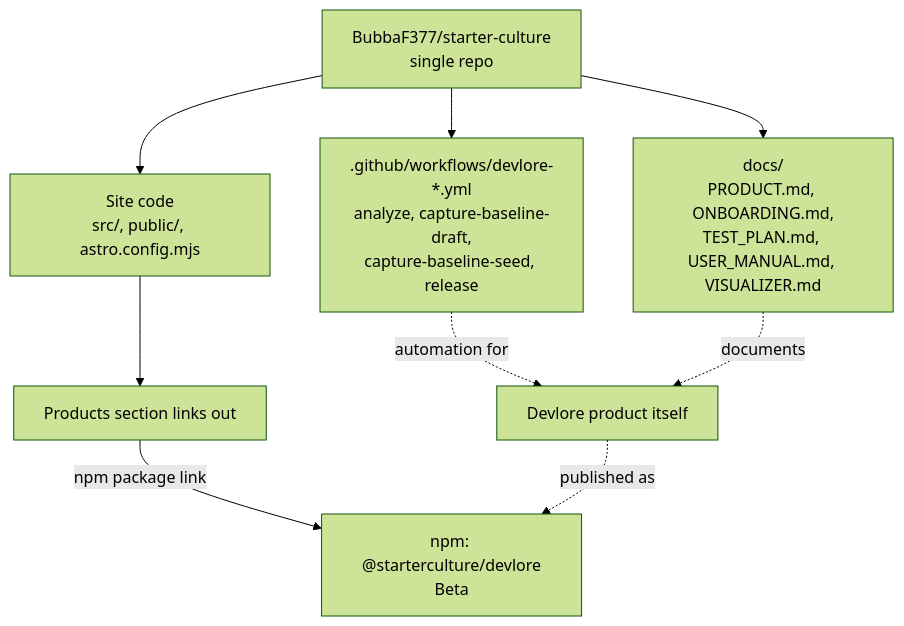
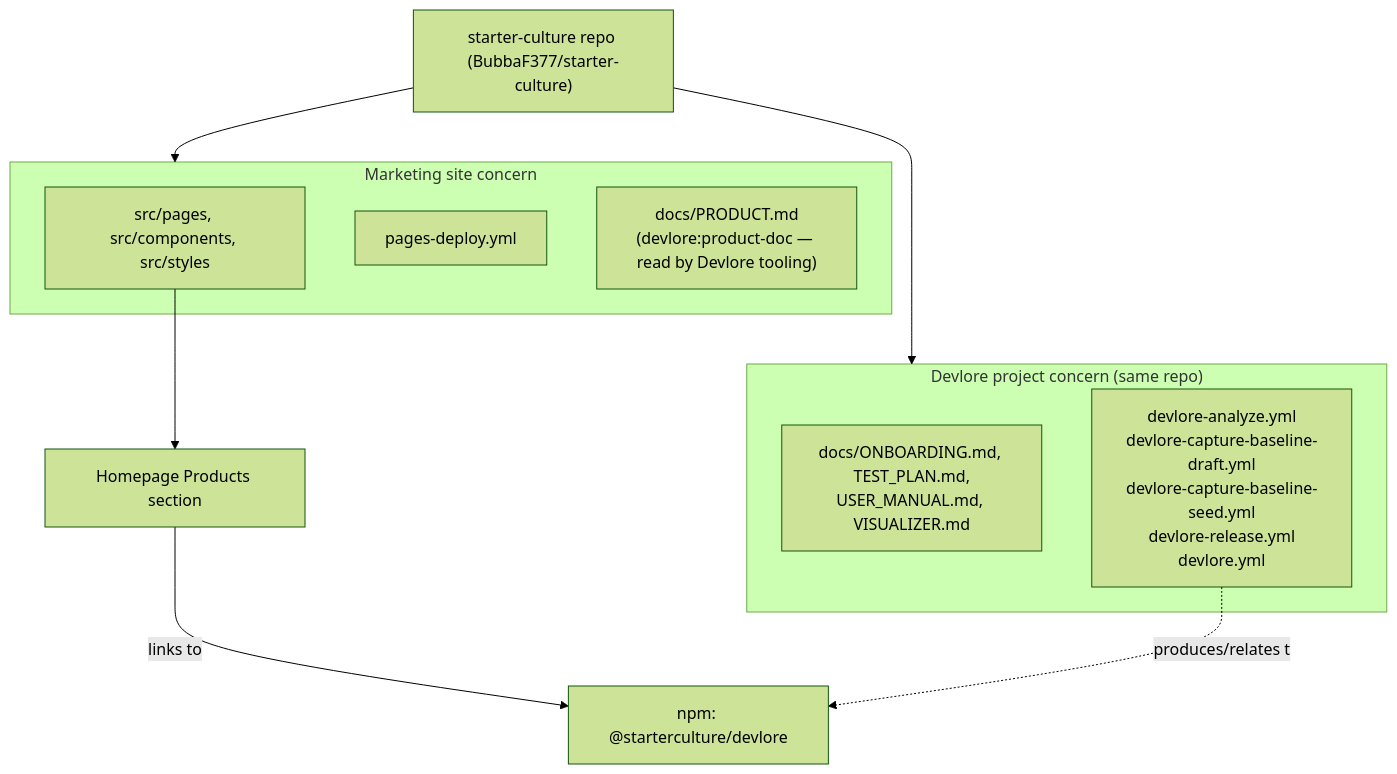
Before and after one commit to BubbaF377/starter-culture: the third of 3 diagrams in docs/VISUALIZER.md, drawn with Mermaid (forest theme). The commit also changed other lines of this file, not shown here.

Commit message:
Update visualizer (requirements changed): starter-culture

````diff
--- a/docs/VISUALIZER.md
+++ b/docs/VISUALIZER.md
@@ -63,13 +83,22 @@
 ```mermaid
 graph TD
-    Repo[BubbaF377/starter-culture<br/>single repo] --> SiteCode[Site code<br/>src/, public/, astro.config.mjs]
-    Repo --> DevloreDocs[docs/<br/>PRODUCT.md, ONBOARDING.md,<br/>TEST_PLAN.md, USER_MANUAL.md, VISUALIZER.md]
-    Repo --> DevloreWorkflows[.github/workflows/devlore-*.yml<br/>analyze, capture-baseline-draft,<br/>capture-baseline-seed, release]
+    Repo["starter-culture repo (BubbaF377/starter-culture)"]
 
-    SiteCode --> ProductsSection[Products section links out]
-    ProductsSection -->|npm package link| DevloreNPM[npm: @starterculture/devlore<br/>Beta]
+    subgraph SiteConcern["Marketing site concern"]
+        SitePages["src/pages, src/components, src/styles"]
+        SiteWorkflow["pages-deploy.yml"]
+        ProductDoc["docs/PRODUCT.md<br/>(devlore:product-doc — read by Devlore tooling)"]
+    end
 
-    DevloreWorkflows -. automation for .-> DevloreProduct[Devlore product itself]
-    DevloreDocs -. documents .-> DevloreProduct
-    DevloreProduct -. published as .-> DevloreNPM
+    subgraph DevloreConcern["Devlore project concern (same repo)"]
+        DevloreDocs["docs/ONBOARDING.md, TEST_PLAN.md,<br/>USER_MANUAL.md, VISUALIZER.md"]
+        DevloreWorkflows["devlore-analyze.yml<br/>devlore-capture-baseline-draft.yml<br/>devlore-capture-baseline-seed.yml<br/>devlore-release.yml<br/>devlore.yml"]
+    end
+
+    Repo --> SiteConcern
+    Repo --> DevloreConcern
+
+    ProductPage["Homepage Products section"] -->|links to| NPMPkg["npm: @starterculture/devlore"]
+    SitePages --> ProductPage
+    DevloreWorkflows -.produces/relates to.-> NPMPkg
 ```
````
